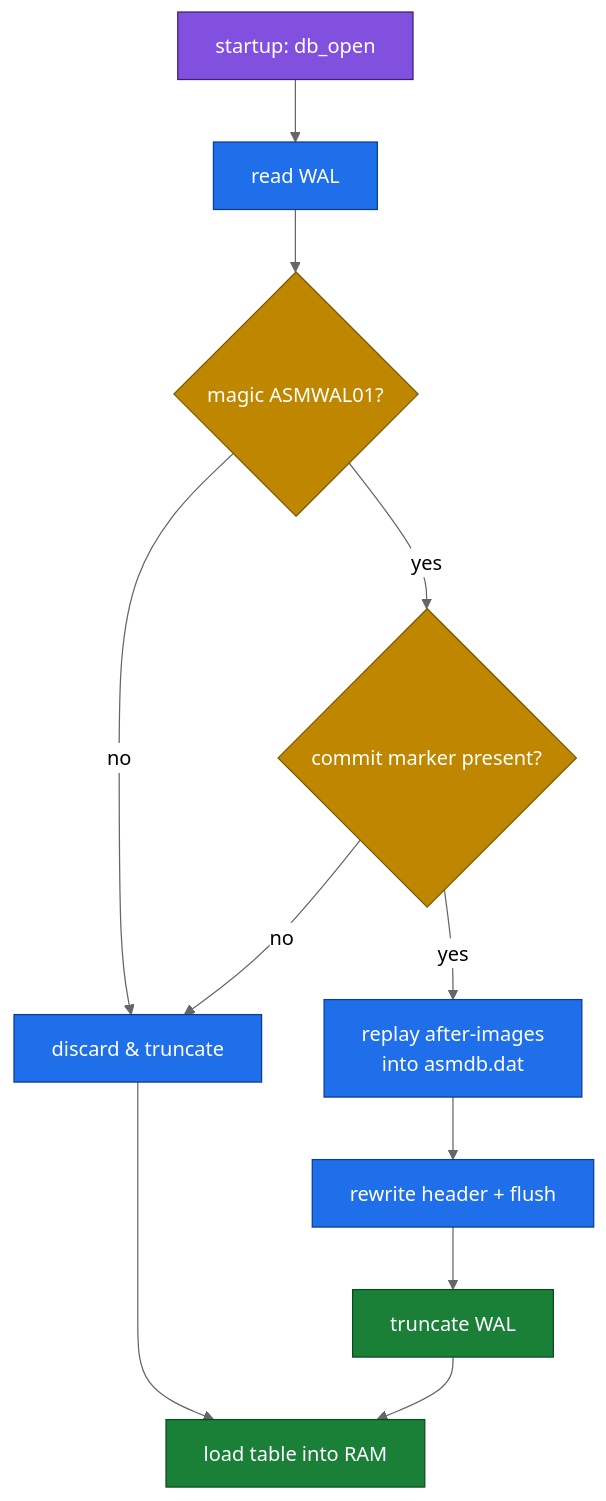
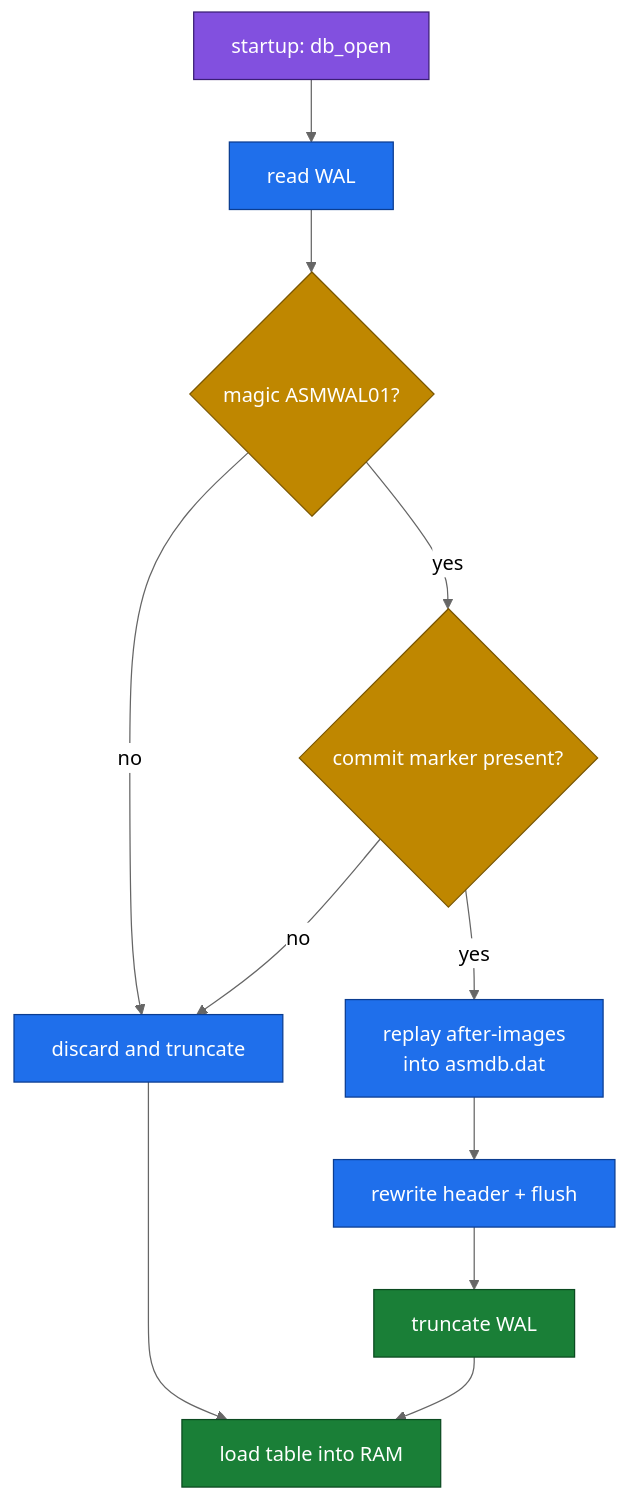
The fourth of 6 diagrams in README.md (fredgis/asmDB), drawn with Mermaid (neutral theme) before and after one commit. The commit also changed other lines of this file, not shown here.

Commit message:
docs: simplify Mermaid labels for reliable GitHub rendering

Copilot-Session: ab8ae5e0-e62f-4539-823d-70570d7062e3

````diff
--- a/README.md
+++ b/README.md
@@ -139,22 +139,22 @@
 ```mermaid
 flowchart TD
     S[startup: db_open] --> R[read WAL]
     R --> M{magic ASMWAL01?}
-    M -- no --> X[discard &amp; truncate]
+    M -- no --> X[discard and truncate]
     M -- yes --> K{commit marker present?}
     K -- no --> X
     K -- yes --> P[replay after-images<br/>into asmdb.dat]
     P --> H[rewrite header + flush]
     H --> T[truncate WAL]
     X --> L[load table into RAM]
     T --> L
 
     classDef start fill:#8250df,stroke:#3b1e75,color:#fff
     classDef dec   fill:#bf8700,stroke:#7a5600,color:#fff
     classDef act   fill:#1f6feb,stroke:#0b3d91,color:#fff
     classDef done  fill:#1a7f37,stroke:#0b4a20,color:#fff
     class S start
     class M,K dec
     class R,P,H,X act
     class T,L done
 ```
````
